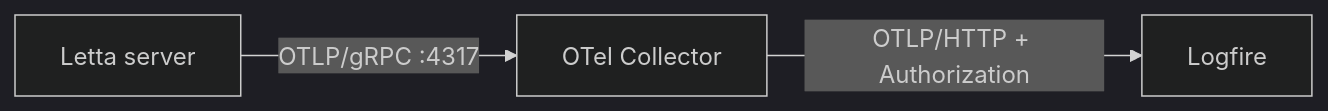
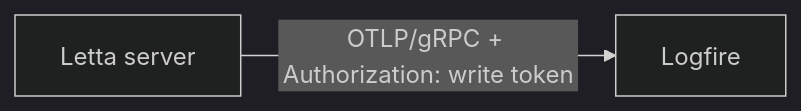
One commit to pydantic/logfire changed the diagram in docs/integrations/llms/letta.md. Above: the diagram before and after it, drawn with Mermaid (dark theme). The commit also changed other lines of this file and 6 other files, not shown here.

First line of the commit message:
Correct the remaining docs that said gRPC does not reach Logfire

````diff
--- a/docs/integrations/llms/letta.md
+++ b/docs/integrations/llms/letta.md
@@ -14,5 +15,4 @@
 ```mermaid
 flowchart LR
-    L[Letta server] -- OTLP/gRPC :4317 --> C[OTel Collector]
-    C -- OTLP/HTTP + Authorization --> LF[Logfire]
+    L[Letta server] -->|"OTLP/gRPC + Authorization: write token"| LF[Logfire]
 ```
````
